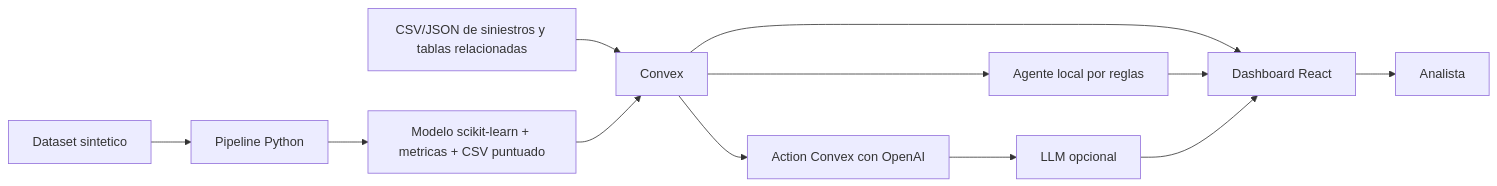
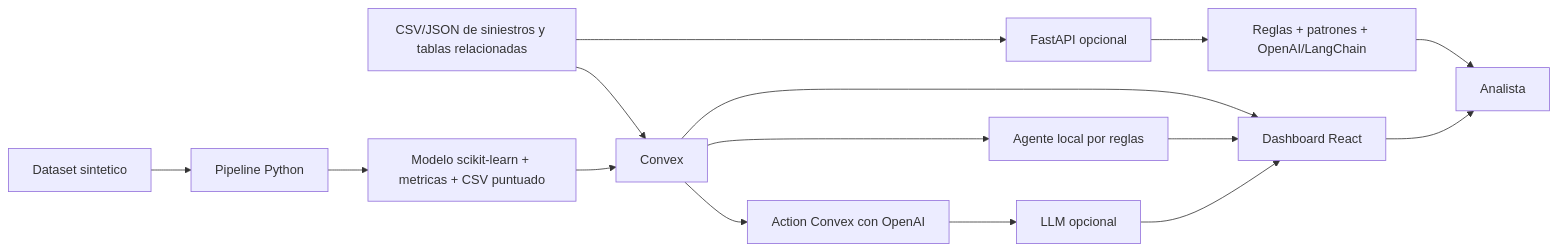
One commit to JohandryViles/hackiathon_aseguradora_sur changed the diagram in docs/arquitectura.md. Above: the diagram before and after it, drawn with Mermaid. The commit also changed other lines of this file and 56 other files, not shown here.

````diff
--- a/docs/arquitectura.md
+++ b/docs/arquitectura.md
@@ -12,14 +12,17 @@
 ```mermaid
 flowchart LR
   A["CSV/JSON de siniestros y tablas relacionadas"] --> E["Convex"]
   B["Dataset sintetico"] --> C["Pipeline Python"]
   C --> D["Modelo scikit-learn + metricas + CSV puntuado"]
   D --> E
   E --> F["Dashboard React"]
   E --> G["Agente local por reglas"]
   E --> I["Action Convex con OpenAI"]
+  K["FastAPI opcional"] --> L["Reglas + patrones + OpenAI/LangChain"]
+  A --> K
   I --> J["LLM opcional"]
   G --> F
   J --> F
+  L --> H
   F --> H["Analista"]
 ```
````
